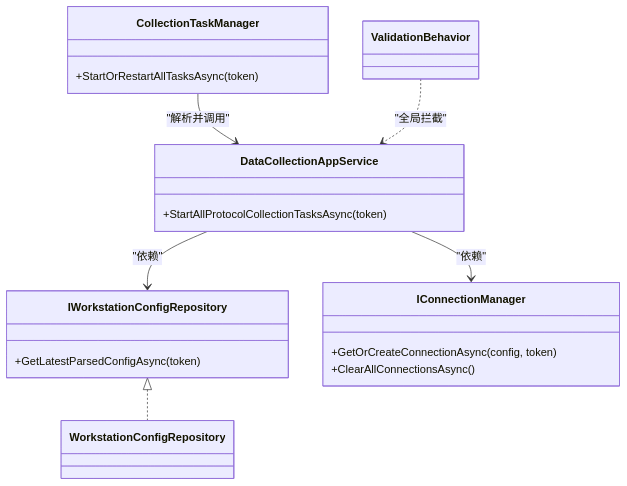
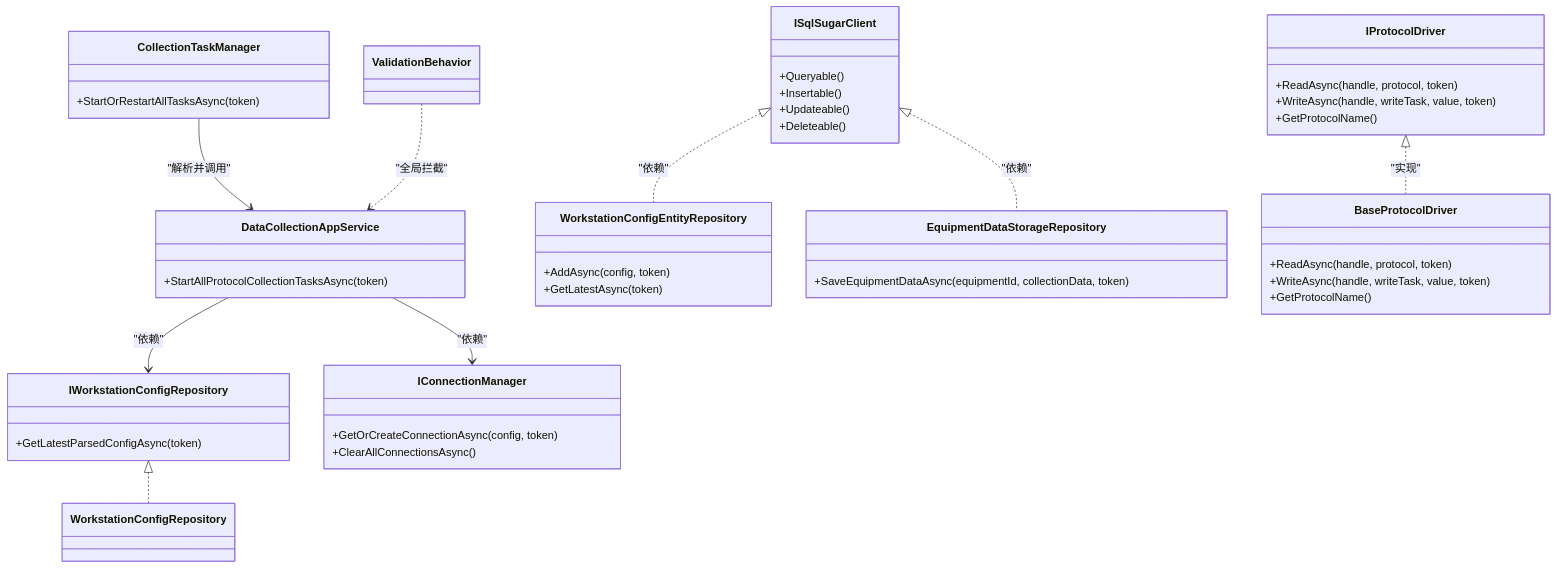
The third of 3 diagrams in .qoder/repowiki/zh/content/系统架构设计/依赖注入配置.md (whitemousetl/IndustrialDataSolution), drawn with Mermaid before and after one commit. The commit also changed other lines of this file and 18 other files, not shown here.

````diff
--- a/.qoder/repowiki/zh/content/系统架构设计/依赖注入配置.md
+++ b/.qoder/repowiki/zh/content/系统架构设计/依赖注入配置.md
@@ -218,23 +279,49 @@
 ```mermaid
 classDiagram
 class IWorkstationConfigRepository {
 +GetLatestParsedConfigAsync(token)
 }
 class WorkstationConfigRepository
 class IConnectionManager {
 +GetOrCreateConnectionAsync(config, token)
 +ClearAllConnectionsAsync()
 }
 class DataCollectionAppService {
 +StartAllProtocolCollectionTasksAsync(token)
 }
 class CollectionTaskManager {
 +StartOrRestartAllTasksAsync(token)
 }
 class ValidationBehavior
+class ISqlSugarClient {
++Queryable()
++Insertable()
++Updateable()
++Deleteable()
+}
+class WorkstationConfigEntityRepository {
++AddAsync(config, token)
++GetLatestAsync(token)
+}
+class EquipmentDataStorageRepository {
++SaveEquipmentDataAsync(equipmentId, collectionData, token)
+}
+class IProtocolDriver {
++ReadAsync(handle, protocol, token)
++WriteAsync(handle, writeTask, value, token)
++GetProtocolName()
+}
+class BaseProtocolDriver {
++ReadAsync(handle, protocol, token)
++WriteAsync(handle, writeTask, value, token)
++GetProtocolName()
+}
 IWorkstationConfigRepository <|.. WorkstationConfigRepository
 DataCollectionAppService --> IWorkstationConfigRepository : "依赖"
 DataCollectionAppService --> IConnectionManager : "依赖"
 CollectionTaskManager --> DataCollectionAppService : "解析并调用"
 ValidationBehavior ..> DataCollectionAppService : "全局拦截"
+ISqlSugarClient <|.. WorkstationConfigEntityRepository : "依赖"
+ISqlSugarClient <|.. EquipmentDataStorageRepository : "依赖"
+IProtocolDriver <|.. BaseProtocolDriver : "实现"
 ```
````
